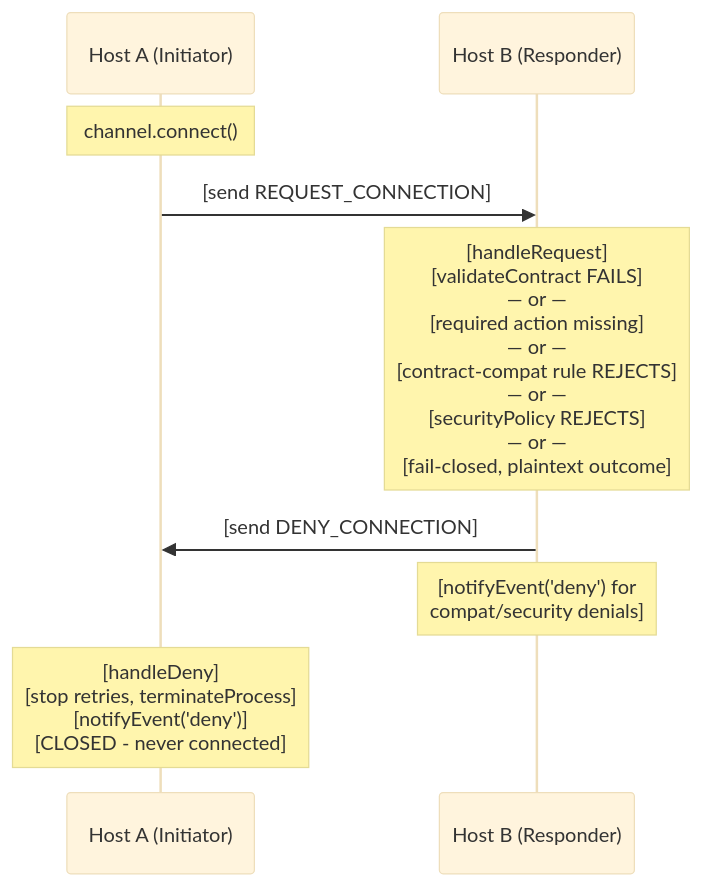
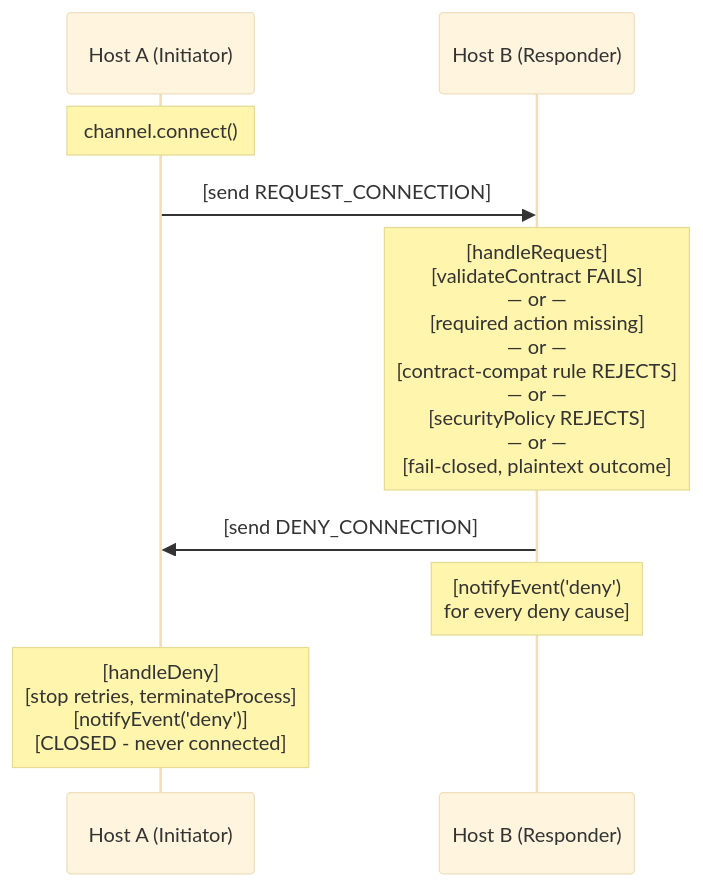
Before and after one commit to AndrewRedican/hyperfrontend: the fourth of 8 diagrams in libs/nexus/ARCHITECTURE.md, drawn with Mermaid. The commit also changed other lines of this file and 9 other files, not shown here.

````diff
--- a/libs/nexus/ARCHITECTURE.md
+++ b/libs/nexus/ARCHITECTURE.md
@@ -326,18 +326,18 @@
 ```mermaid
 ---
 config:
   theme: base
   themeVariables:
     fontSize: 12px
 ---
 sequenceDiagram
     participant HostA as Host A (Initiator)
     participant HostB as Host B (Responder)
 
     Note over HostA: channel.connect()
     HostA->>HostB: [send REQUEST_CONNECTION]
     Note over HostB: [handleRequest]<br/>[validateContract FAILS]<br/>— or —<br/>[required action missing]<br/>— or —<br/>[contract-compat rule REJECTS]<br/>— or —<br/>[securityPolicy REJECTS]<br/>— or —<br/>[fail-closed, plaintext outcome]
     HostB->>HostA: [send DENY_CONNECTION]
-    Note over HostB: [notifyEvent('deny') for<br/>compat/security denials]
+    Note over HostB: [notifyEvent('deny')<br/>for every deny cause]
     Note over HostA: [handleDeny]<br/>[stop retries, terminateProcess]<br/>[notifyEvent('deny')]<br/>[CLOSED - never connected]
 ```
````
